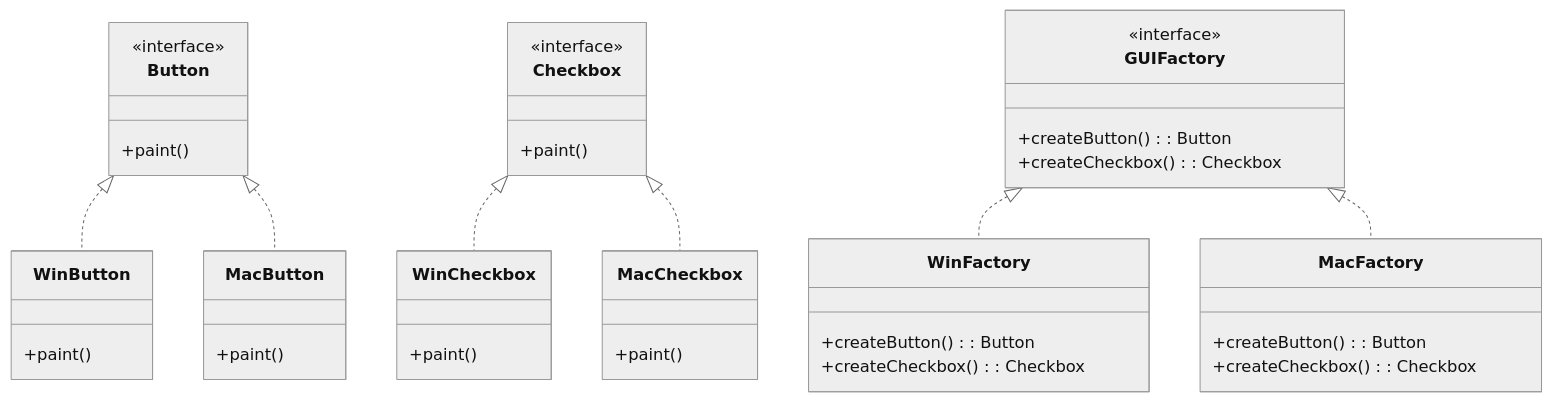
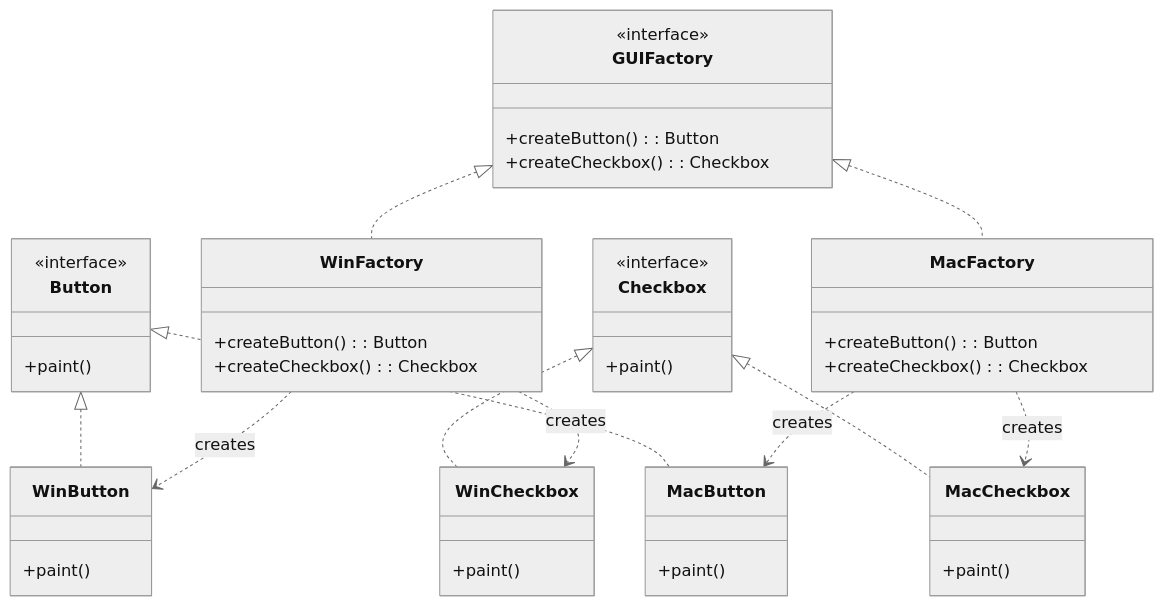
One commit to welldesignedsystem/welldesignedsystem.github.io changed the third of 23 diagrams in content/english/blog/system_design/core_design_patterns.md. Above: the diagram before and after it, drawn with Mermaid (neutral theme). The commit also changed other lines of this file and 1 other file, not shown here.

````diff
--- a/content/english/blog/system_design/core_design_patterns.md
+++ b/content/english/blog/system_design/core_design_patterns.md
@@ -219,42 +222,46 @@
 ```mermaid
 classDiagram
     class Button {
         <<interface>>
         +paint()
     }
     class Checkbox {
         <<interface>>
         +paint()
     }
     class WinButton {
         +paint()
     }
     class MacButton {
         +paint()
     }
     class WinCheckbox {
         +paint()
     }
     class MacCheckbox {
         +paint()
     }
     class GUIFactory {
         <<interface>>
         +createButton(): Button
         +createCheckbox(): Checkbox
     }
     class WinFactory {
         +createButton(): Button
         +createCheckbox(): Checkbox
     }
     class MacFactory {
         +createButton(): Button
         +createCheckbox(): Checkbox
     }
     Button <|.. WinButton
     Button <|.. MacButton
     Checkbox <|.. WinCheckbox
     Checkbox <|.. MacCheckbox
     GUIFactory <|.. WinFactory
     GUIFactory <|.. MacFactory
+    WinFactory ..> WinButton : creates
+    WinFactory ..> WinCheckbox : creates
+    MacFactory ..> MacButton : creates
+    MacFactory ..> MacCheckbox : creates
 ```
````
